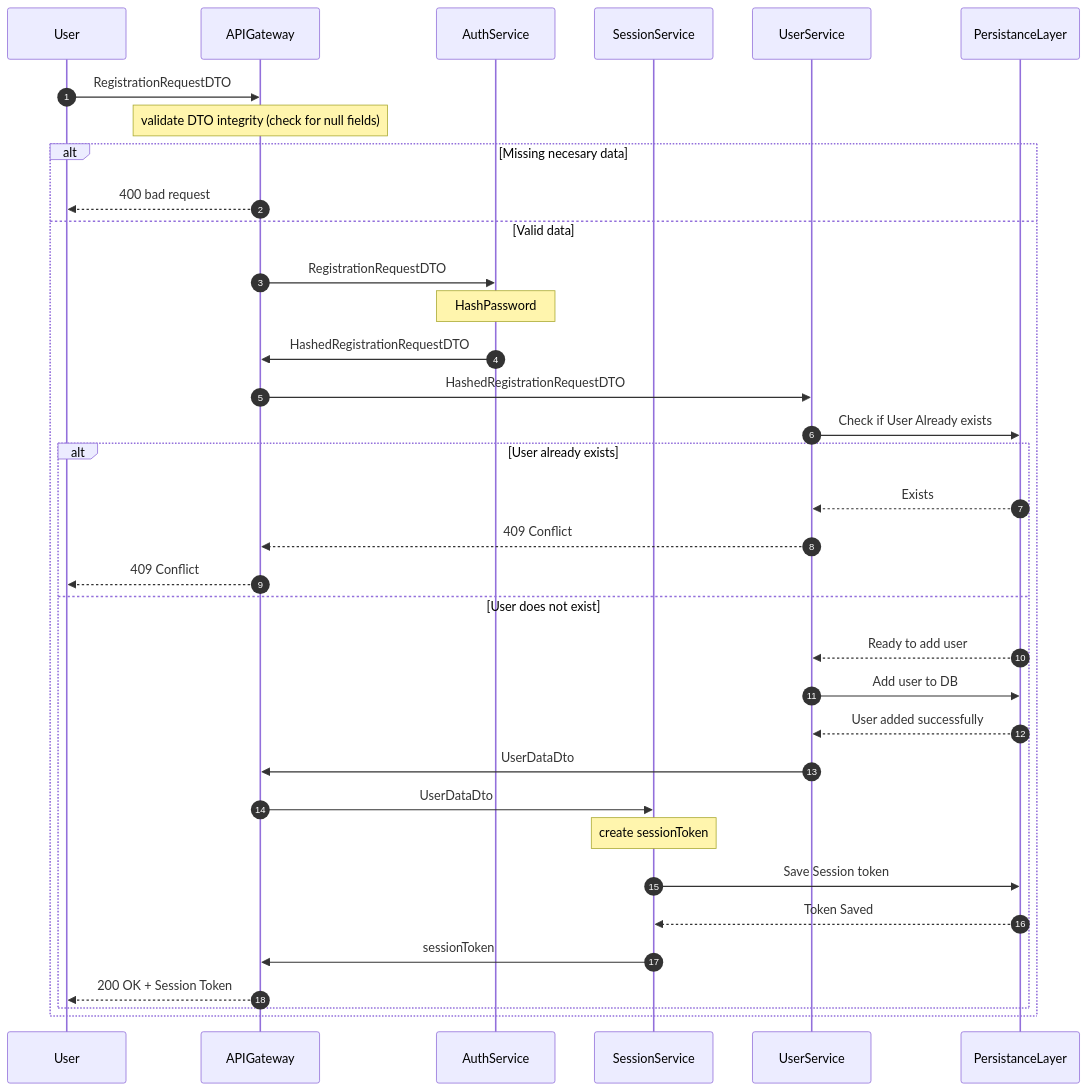
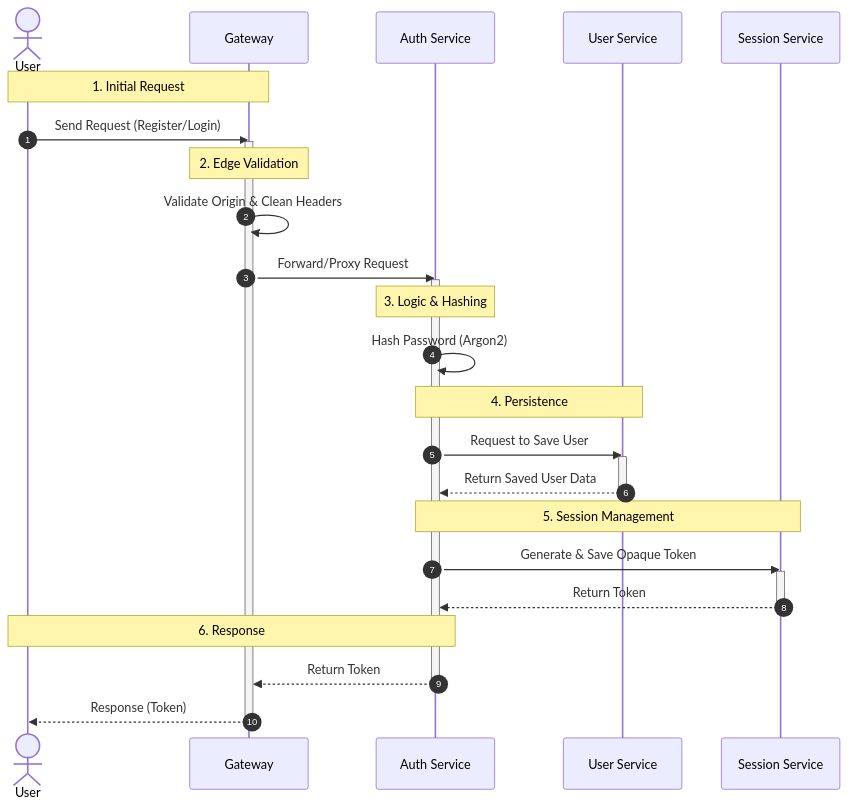
One commit to LKBotond/VoxPopuli changed the fourth of 5 diagrams in Architecture.md. Above: the diagram before and after it, drawn with Mermaid. The commit also changed other lines of this file and 9 other files, not shown here.

Commit message:
updated readme.md to be more coherent. updated Architecture.md to be in line with the logic flow

````diff
--- a/Architecture.md
+++ b/Architecture.md
@@ -84,39 +74,41 @@
 ```mermaid
 sequenceDiagram
 autonumber
-    participant User
-    participant APIGateway
-    participant AuthService
-    participant SessionService
-    participant UserService
-    participant PersistanceLayer
+    Actor User as User 
+    participant GW as Gateway 
+    participant Auth as Auth Service
+    participant UserSvc as User Service
+    participant Session as Session Service
 
-    User->>APIGateway: RegistrationRequestDTO
-    Note over APIGateway: validate DTO integrity (check for null fields)
-    alt Missing necesary data
-        APIGateway-->>User: 400 bad request
-    else Valid data
-        APIGateway->>AuthService: RegistrationRequestDTO
-        Note over AuthService: HashPassword
-        AuthService->>APIGateway: HashedRegistrationRequestDTO
-        APIGateway->>UserService: HashedRegistrationRequestDTO
-
-            UserService->>PersistanceLayer: Check if User Already exists
-        alt User already exists
-            PersistanceLayer-->>UserService: Exists
-            UserService-->>APIGateway: 409 Conflict
-            APIGateway-->>User: 409 Conflict
-        else User does not exist
-            PersistanceLayer-->>UserService: Ready to add user
-            UserService->>PersistanceLayer: Add user to DB
-            PersistanceLayer-->>UserService: User added successfully
-            UserService->>APIGateway: UserDataDto
-            APIGateway->>SessionService: UserDataDto
-            Note over SessionService: create sessionToken
-            SessionService->>PersistanceLayer: Save Session token
-            PersistanceLayer-->>SessionService: Token Saved
-            SessionService->>APIGateway: sessionToken
-            APIGateway-->>User: 200 OK + Session Token
-        end
-    end
+    Note over User, GW: 1. Initial Request
+    User->>GW: Send Request (Register/Login)
+    activate GW
+    
+    Note over GW: 2. Edge Validation
+    GW->>GW: Validate Origin & Clean Headers
+    
+    GW->>Auth: Forward/Proxy Request
+    activate Auth
+    
+    Note over Auth: 3. Logic & Hashing
+    Auth->>Auth: Hash Password (Argon2)
+    
+    Note over Auth, UserSvc: 4. Persistence
+    Auth->>UserSvc: Request to Save User
+    activate UserSvc
+    UserSvc-->>Auth: Return Saved User Data
+    deactivate UserSvc
+    
+    Note over Auth, Session: 5. Session Management
+    Auth->>Session: Generate & Save Opaque Token
+    activate Session
+    Session-->>Auth: Return Token
+    deactivate Session
+    
+    Note over Auth, User: 6. Response
+    Auth-->>GW: Return Token
+    deactivate Auth
+    
+    GW-->>User: Response (Token)
+    deactivate GW
 ```
````
